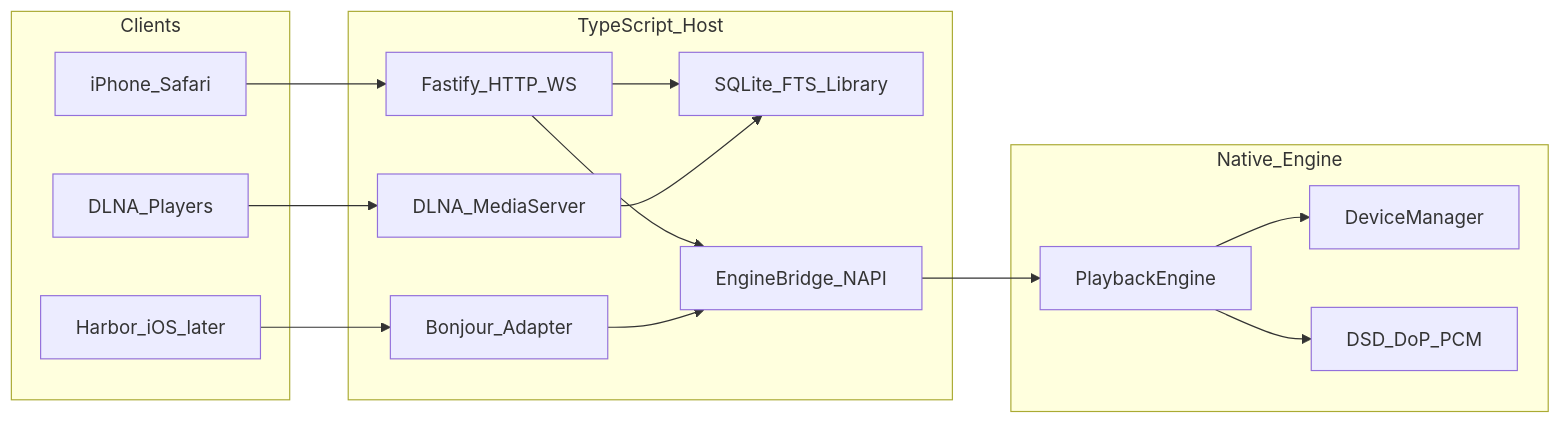
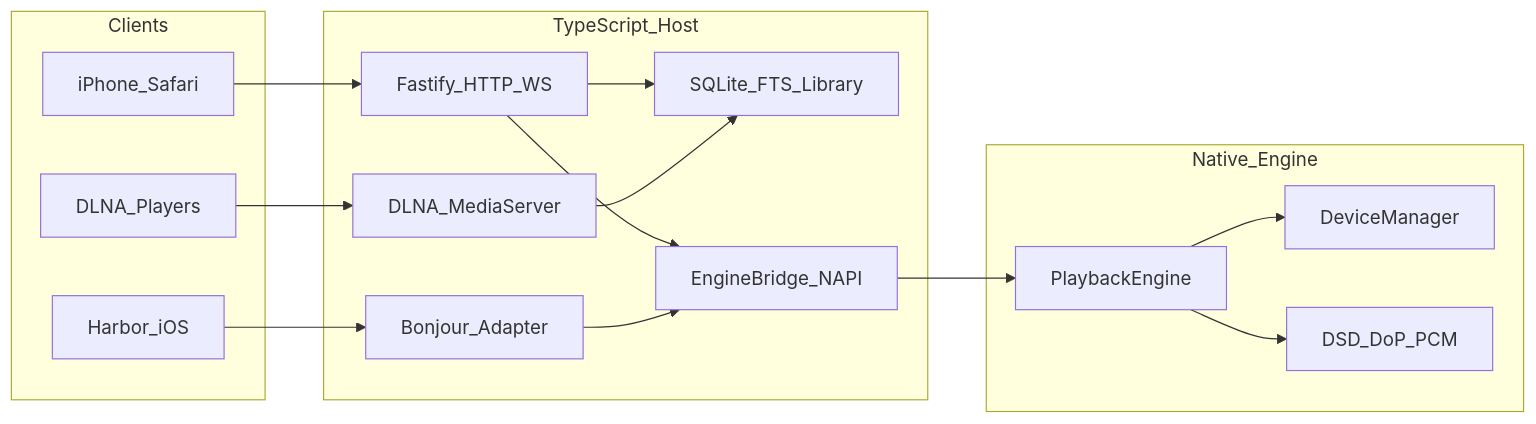
The diagram in implementation_plan.md (petergerov/audio-harbor-headless), drawn with Mermaid before and after one commit. The commit also changed other lines of this file and 7 other files, not shown here.

````diff
--- a/implementation_plan.md
+++ b/implementation_plan.md
@@ -21,30 +21,30 @@
 ```mermaid
 flowchart LR
   subgraph clients [Clients]
     Safari[iPhone_Safari]
-    HarborIOS[Harbor_iOS_later]
+    HarborIOS[Harbor_iOS]
     DLNAClient[DLNA_Players]
   end
   subgraph host [TypeScript_Host]
     API[Fastify_HTTP_WS]
     Lib[SQLite_FTS_Library]
     Share[DLNA_MediaServer]
     Bonjour[Bonjour_Adapter]
     Bridge[EngineBridge_NAPI]
   end
   subgraph engine [Native_Engine]
     Play[PlaybackEngine]
     Dev[DeviceManager]
     DSD[DSD_DoP_PCM]
   end
   Safari --> API
   HarborIOS --> Bonjour
   DLNAClient --> Share
   API --> Lib
   API --> Bridge
   Bonjour --> Bridge
   Share --> Lib
   Bridge --> Play
   Play --> Dev
   Play --> DSD
 ```
````
